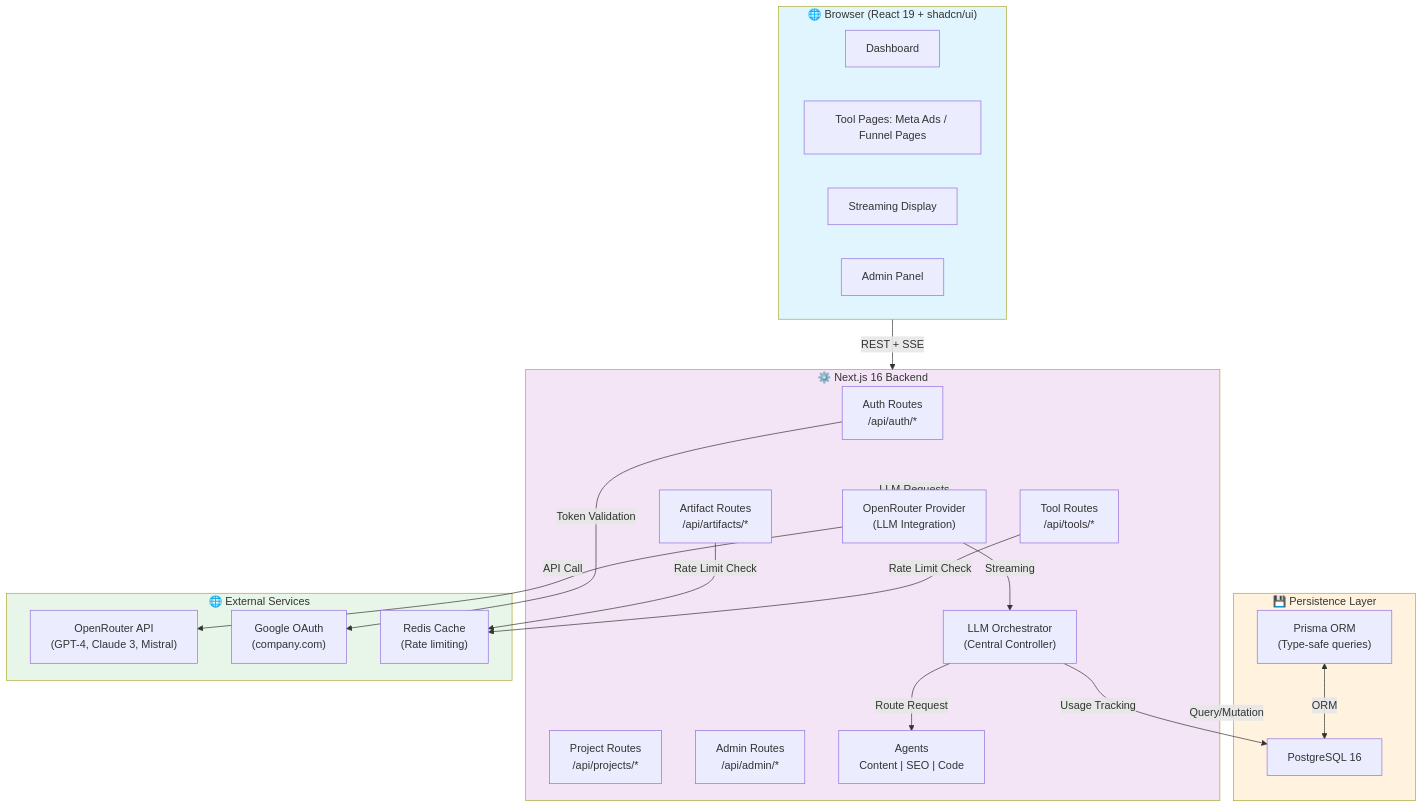
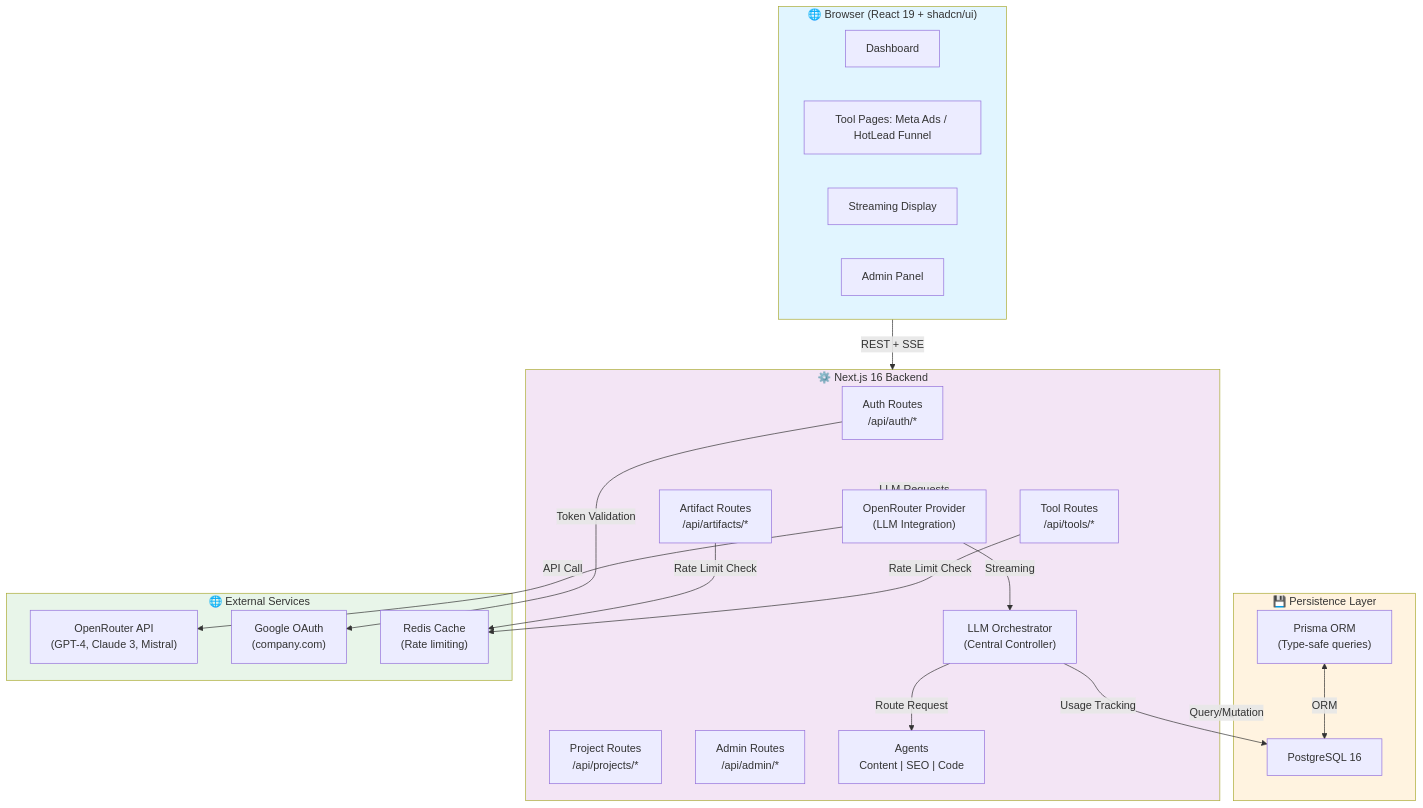
The first of 12 diagrams in docs/diagrams/architecture-diagrams.md (federicogerardi/gen-app), drawn with Mermaid before and after one commit. The commit also changed other lines of this file and 28 other files, not shown here.

````diff
--- a/docs/diagrams/architecture-diagrams.md
+++ b/docs/diagrams/architecture-diagrams.md
@@ -12,49 +12,49 @@
 ```mermaid
 graph TB
     subgraph Browser["🌐 Browser (React 19 + shadcn/ui)"]
         Dashboard["Dashboard"]
-        FormUI["Tool Pages: Meta Ads / Funnel Pages"]
+        FormUI["Tool Pages: Meta Ads / HotLead Funnel"]
         StreamDisplay["Streaming Display"]
         AdminPanel["Admin Panel"]
     end
 
     subgraph NextJS["⚙️ Next.js 16 Backend"]
         AuthAPI["Auth Routes<br/>/api/auth/*"]
         ArtifactAPI["Artifact Routes<br/>/api/artifacts/*"]
         ToolAPI["Tool Routes<br/>/api/tools/*"]
         ProjectAPI["Project Routes<br/>/api/projects/*"]
         AdminAPI["Admin Routes<br/>/api/admin/*"]
         
         Orchestrator["LLM Orchestrator<br/>(Central Controller)"]
         Agents["Agents<br/>Content | SEO | Code"]
         Provider["OpenRouter Provider<br/>(LLM Integration)"]
     end
 
     subgraph Database["💾 Persistence Layer"]
         PostgreSQL["PostgreSQL 16"]
         Prisma["Prisma ORM<br/>(Type-safe queries)"]
     end
 
     subgraph External["🌐 External Services"]
         OpenRouter["OpenRouter API<br/>(GPT-4, Claude 3, Mistral)"]
         GoogleOAuth["Google OAuth<br/>(company.com)"]
         Redis["Redis Cache<br/>(Rate limiting)"]
     end
 
     Browser -->|REST + SSE| NextJS
     NextJS -->|Query/Mutation| Database
     Prisma <-->|ORM| PostgreSQL
     NextJS -->|LLM Requests| Provider
     Provider -->|Streaming| Orchestrator
     Orchestrator -->|Route Request| Agents
     Orchestrator -->|Usage Tracking| PostgreSQL
     Provider -->|API Call| OpenRouter
     AuthAPI -->|Token Validation| GoogleOAuth
     ArtifactAPI -->|Rate Limit Check| Redis
     ToolAPI -->|Rate Limit Check| Redis
 
     style Browser fill:#e1f5ff
     style NextJS fill:#f3e5f5
     style Database fill:#fff3e0
     style External fill:#e8f5e9
 ```
````
